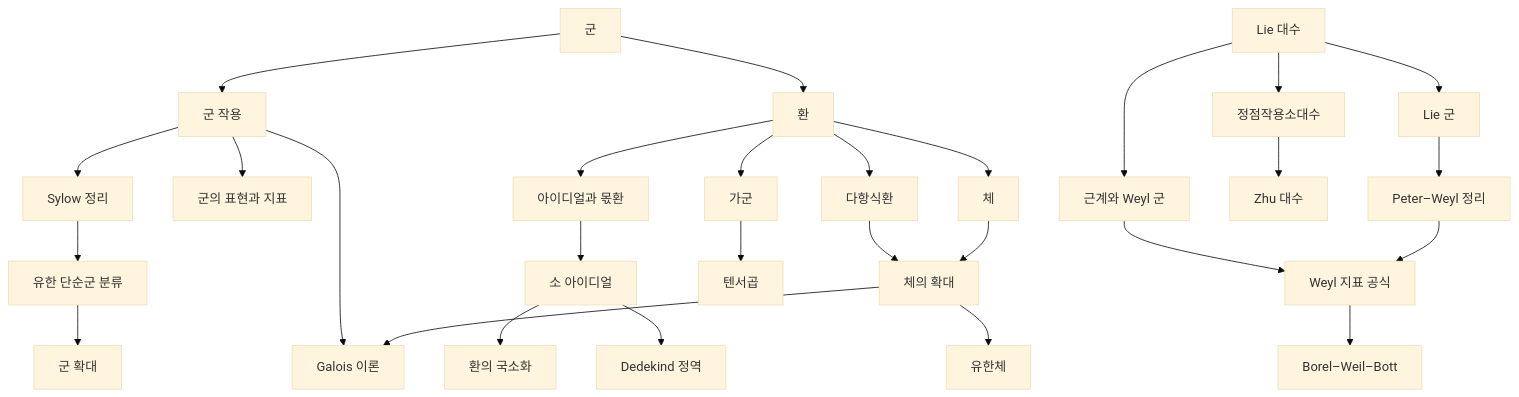
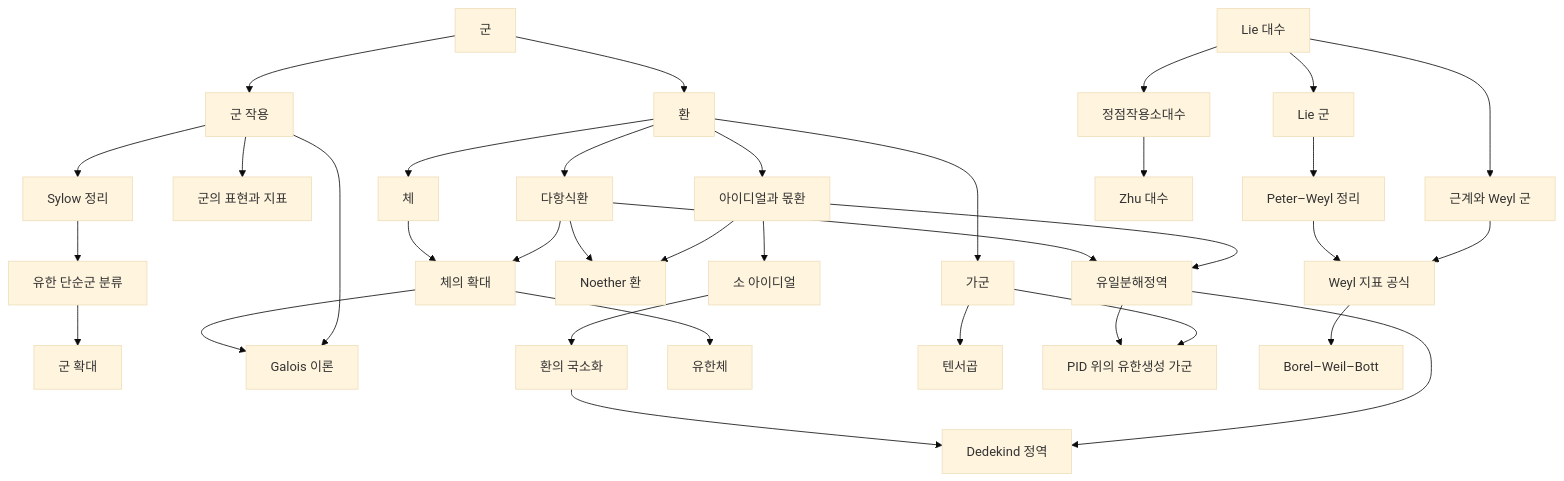
The diagram in docs/abstract-algebra-overview.md (Phryxia/math-map), drawn with Mermaid (base theme) before and after one commit.

Commit message:
sync the abstract-algebra map with this round's ring-theory edges
prime-ideals -> dedekind-domains 를 지운 자리에 unique-factorization-domains
경유 경로를 넣고, noetherian-rings 와 finitely-generated-modules 를 지도에 더했다.

Claude-Session: https://claude.ai/code/session_01DuCsT1TZiDA2ph5ik8m61S

````diff
--- a/docs/abstract-algebra-overview.md
+++ b/docs/abstract-algebra-overview.md
@@ -11,15 +11,21 @@
 ```mermaid
 graph TD
   G["군"] --> GA["군 작용"] --> SY["Sylow 정리"] --> FS["유한 단순군 분류"] --> GE["군 확대"]
   GA --> GT["Galois 이론"]
   GA --> GR["군의 표현과 지표"]
   G --> R["환"] --> ID["아이디얼과 몫환"] --> PI["소 아이디얼"] --> LZ["환의 국소화"]
-  PI --> DD["Dedekind 정역"]
+  ID --> UFD["유일분해정역"] --> DD["Dedekind 정역"]
+  ID --> NO["Noether 환"]
+  LZ --> DD
   R --> PR["다항식환"] --> FE["체의 확대"]
+  PR --> UFD
+  PR --> NO
   R --> F["체"] --> FE --> FF["유한체"]
   FE --> GT
   R --> M["가군"] --> TP["텐서곱"]
+  M --> FG["PID 위의 유한생성 가군"]
+  UFD --> FG
   LA["Lie 대수"] --> RS["근계와 Weyl 군"] --> WC["Weyl 지표 공식"] --> BWB["Borel–Weil–Bott"]
   LA --> LG["Lie 군"] --> PW["Peter–Weyl 정리"] --> WC
   LA --> VOA["정점작용소대수"] --> ZA["Zhu 대수"]
 ```
````
